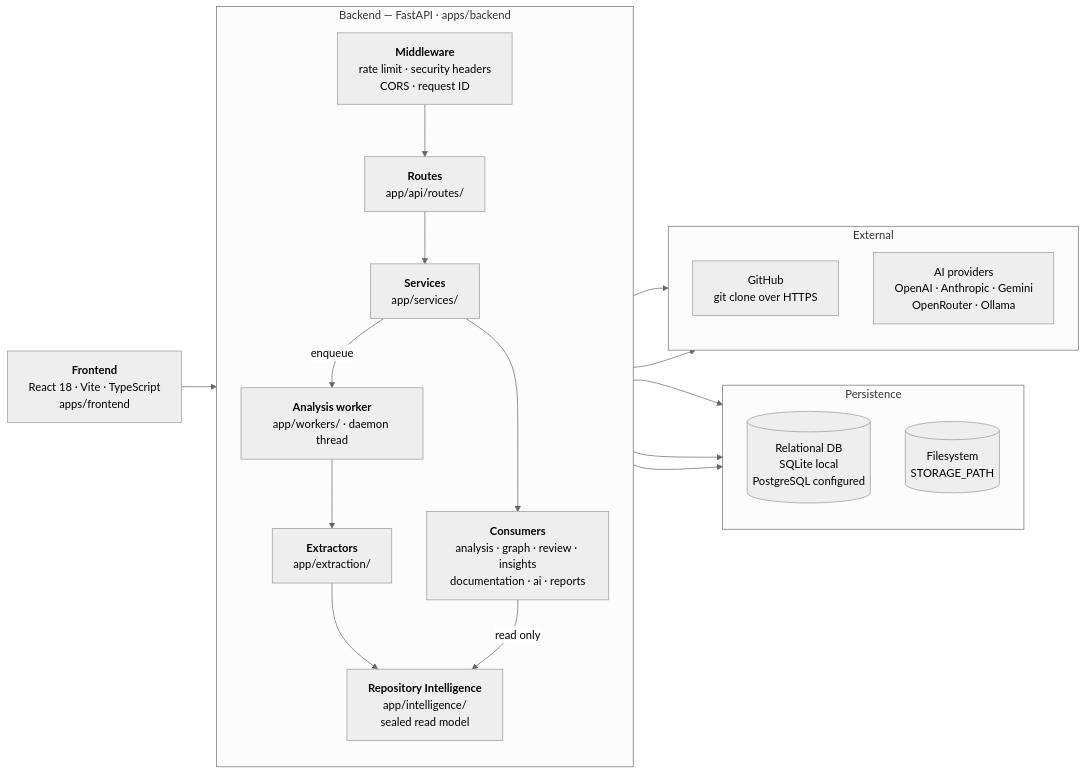
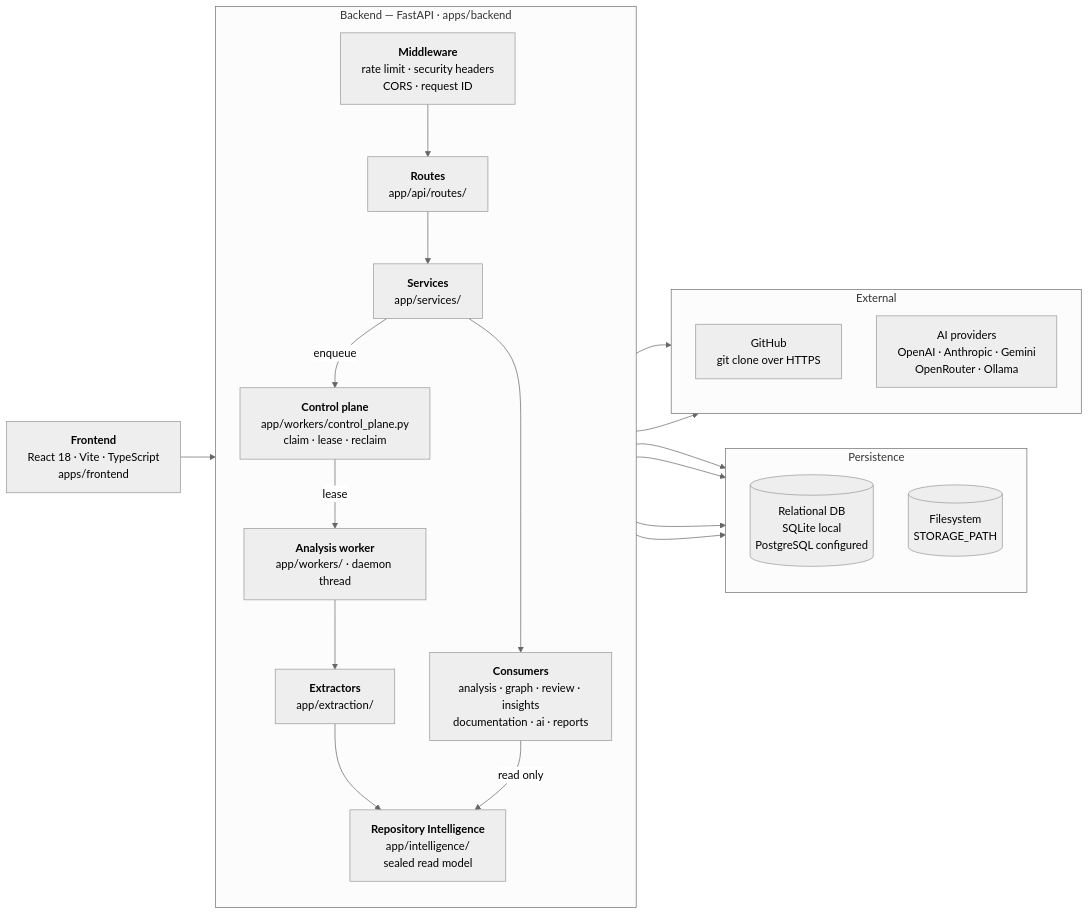
The first of 4 diagrams in docs/architecture/SYSTEM_OVERVIEW.md (Second-Origin/PARTHA), drawn with Mermaid (neutral theme) before and after one commit. The commit also changed other lines of this file and 8 other files, not shown here.

First line of the commit message:
chore(scale): introduce the W2 queue and control-plane boundary (#376)

````diff
--- a/docs/architecture/SYSTEM_OVERVIEW.md
+++ b/docs/architecture/SYSTEM_OVERVIEW.md
@@ -16,40 +17,43 @@
 ```mermaid
 flowchart LR
     UI["<b>Frontend</b><br/>React 18 · Vite · TypeScript<br/>apps/frontend"]
 
     subgraph Server["Backend — FastAPI · apps/backend"]
         direction TB
         MW["<b>Middleware</b><br/>rate limit · security headers<br/>CORS · request ID"]
         Routes["<b>Routes</b><br/>app/api/routes/"]
         Services["<b>Services</b><br/>app/services/"]
+        Queue["<b>Control plane</b><br/>app/workers/control_plane.py<br/>claim · lease · reclaim"]
         Worker["<b>Analysis worker</b><br/>app/workers/ · daemon thread"]
         Extract["<b>Extractors</b><br/>app/extraction/"]
         RI["<b>Repository Intelligence</b><br/>app/intelligence/<br/>sealed read model"]
         Consumers["<b>Consumers</b><br/>analysis · graph · review · insights<br/>documentation · ai · reports"]
 
         MW --> Routes --> Services
-        Services -->|"enqueue"| Worker
+        Services -->|"enqueue"| Queue
+        Queue -->|"lease"| Worker
         Worker --> Extract --> RI
         Services --> Consumers
         Consumers -->|"read only"| RI
     end
 
     subgraph Store["Persistence"]
         direction TB
         DB[("Relational DB<br/>SQLite local<br/>PostgreSQL configured")]
         Disk[("Filesystem<br/>STORAGE_PATH")]
     end
 
     subgraph Ext["External"]
         direction TB
         GH["GitHub<br/>git clone over HTTPS"]
         LLM["AI providers<br/>OpenAI · Anthropic · Gemini<br/>OpenRouter · Ollama"]
     end
 
     UI --> MW
     RI --> DB
+    Queue --> DB
     Worker --> DB
     Services --> Disk
     Services --> GH
     Consumers --> LLM
 ```
````
